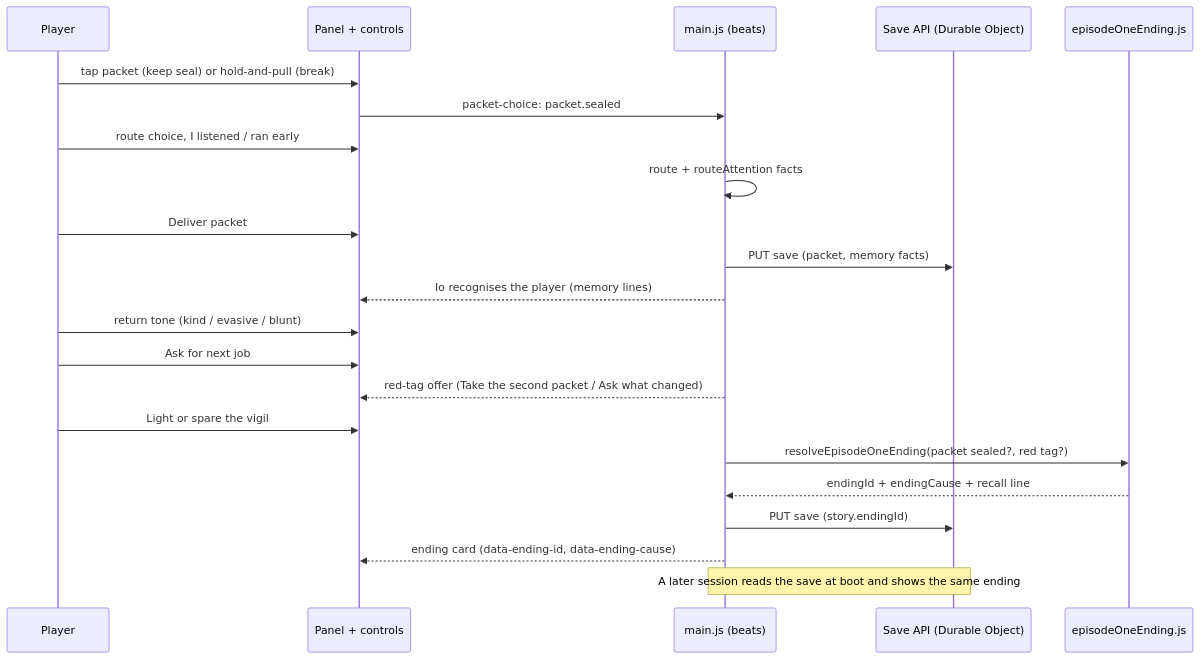
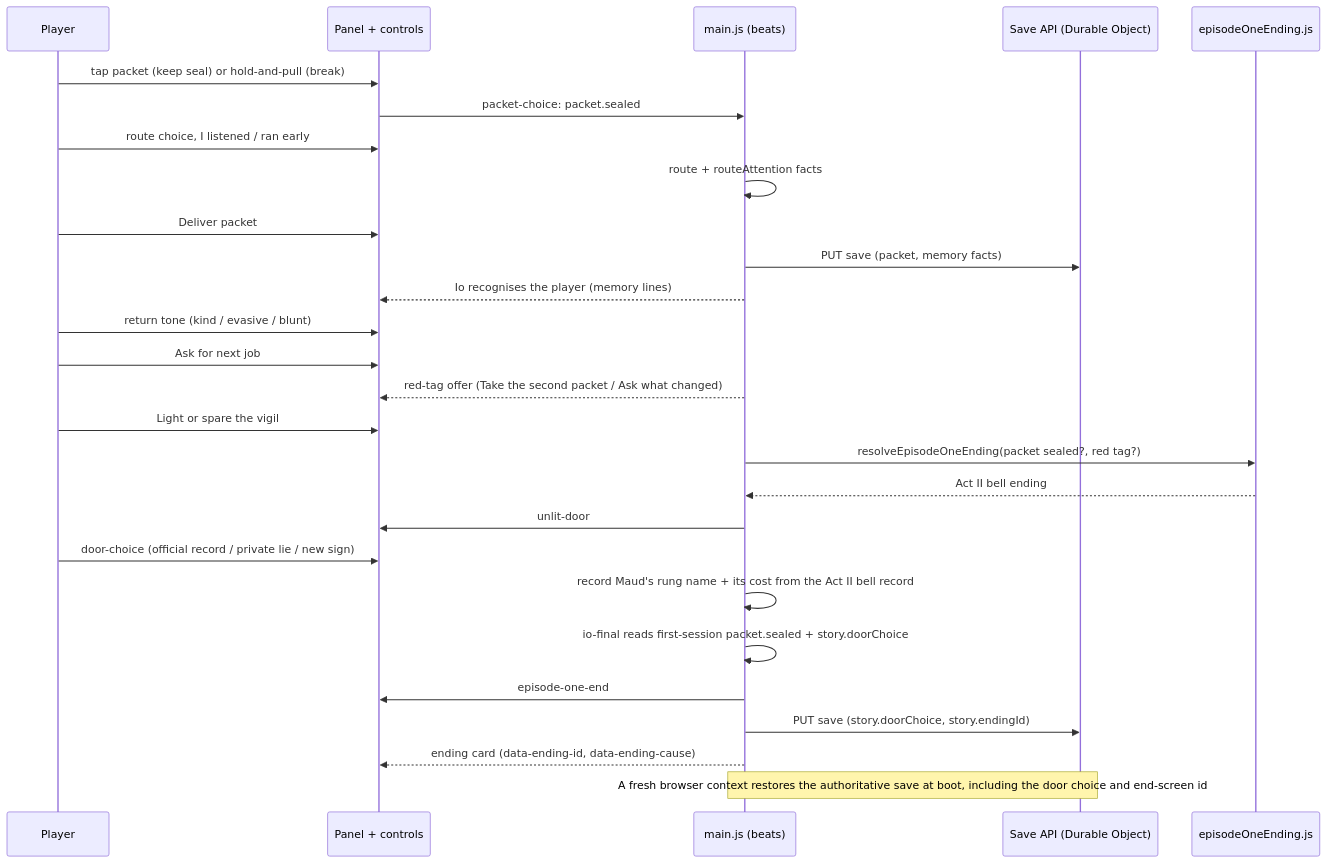
The third of 5 diagrams in docs/plan/architecture/README.md (phynars/oodim-game), drawn with Mermaid before and after one commit. The commit also changed other lines of this file and 1 other file, not shown here.

First line of the commit message:
docs: docs: Act III design — Unlit Door beat, door-choice state and fin (#2841)

````diff
--- a/docs/plan/architecture/README.md
+++ b/docs/plan/architecture/README.md
@@ -183,25 +183,30 @@
 ```mermaid
 sequenceDiagram
   participant P as Player
   participant UI as Panel + controls
   participant G as main.js (beats)
   participant S as Save API (Durable Object)
   participant E as episodeOneEnding.js
 
   P->>UI: tap packet (keep seal) or hold-and-pull (break)
   UI->>G: packet-choice: packet.sealed
   P->>UI: route choice, I listened / ran early
   G->>G: route + routeAttention facts
   P->>UI: Deliver packet
   G->>S: PUT save (packet, memory facts)
   G-->>UI: Io recognises the player (memory lines)
   P->>UI: return tone (kind / evasive / blunt)
   P->>UI: Ask for next job
   G-->>UI: red-tag offer (Take the second packet / Ask what changed)
   P->>UI: Light or spare the vigil
   G->>E: resolveEpisodeOneEnding(packet sealed?, red tag?)
-  E-->>G: endingId + endingCause + recall line
-  G->>S: PUT save (story.endingId)
+  E-->>G: Act II bell ending
+  G->>UI: unlit-door
+  P->>UI: door-choice (official record / private lie / new sign)
+  G->>G: record Maud's rung name + its cost from the Act II bell record
+  G->>G: io-final reads first-session packet.sealed + story.doorChoice
+  G->>UI: episode-one-end
+  G->>S: PUT save (story.doorChoice, story.endingId)
   G-->>UI: ending card (data-ending-id, data-ending-cause)
-  Note over G,S: A later session reads the save at boot and shows the same ending
+  Note over G,S: A fresh browser context restores the authoritative save at boot, including the door choice and end-screen id
 ```
````
